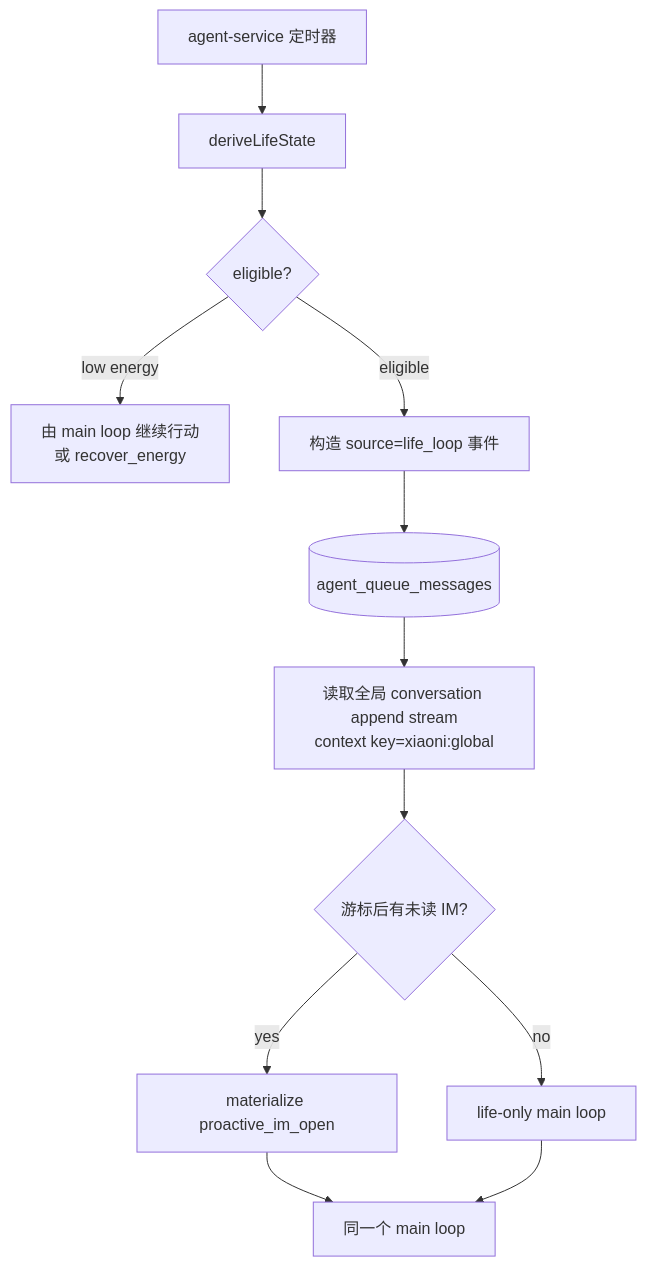
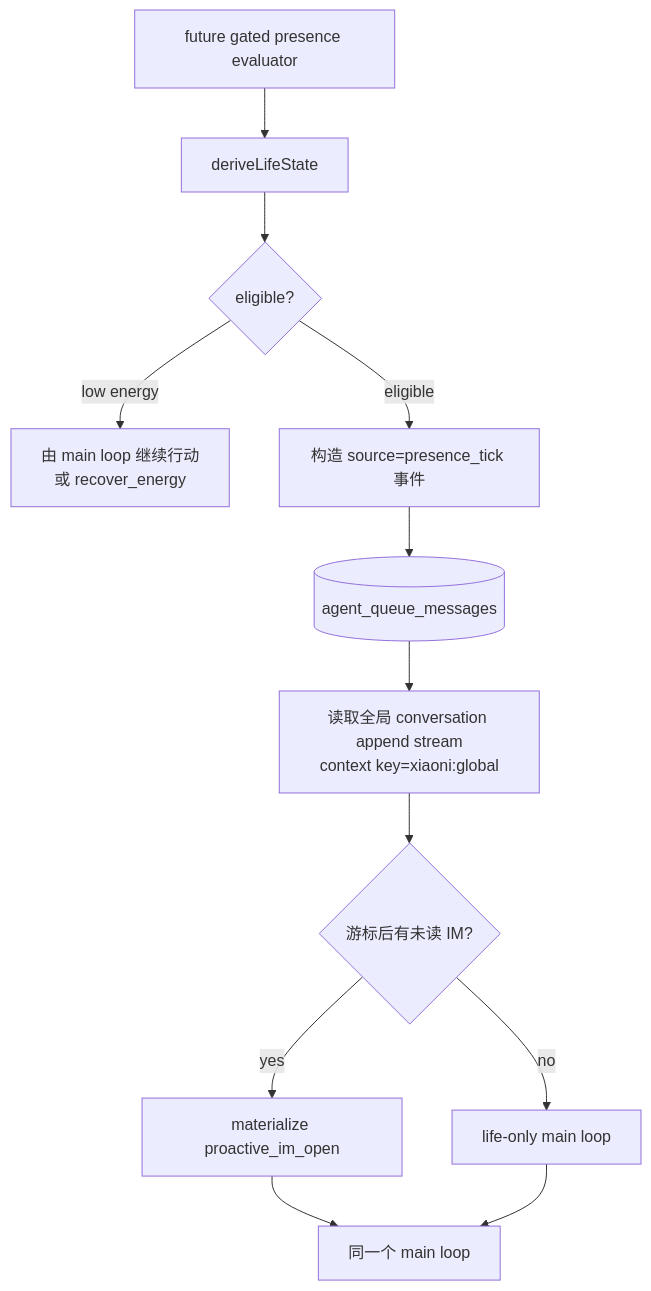
One commit to Hei-AI/xiaoni_cc changed the third of 3 diagrams in docs/XIAONI_SPEAKING_FLOW.md. Above: the diagram before and after it, drawn with Mermaid. The commit also changed other lines of this file and 17 other files, not shown here.

Commit message:
fix(agent): remove fixed life loop

````diff
--- a/docs/XIAONI_SPEAKING_FLOW.md
+++ b/docs/XIAONI_SPEAKING_FLOW.md
@@ -94,14 +94,14 @@
 ```mermaid
 flowchart TD
-  A[agent-service 定时器] --> B[deriveLifeState]
+  A[future gated presence evaluator] --> B[deriveLifeState]
   B --> C{eligible?}
   C -->|low energy| D[由 main loop 继续行动<br/>或 recover_energy]
-  C -->|eligible| E[构造 source=life_loop 事件]
+  C -->|eligible| E[构造 source=presence_tick 事件]
   E --> F[(agent_queue_messages)]
   F --> G[读取全局 conversation append stream<br/>context key=xiaoni:global]
   G --> H{游标后有未读 IM?}
   H -->|yes| I[materialize proactive_im_open]
   H -->|no| J[life-only main loop]
   I --> K[同一个 main loop]
   J --> K
 ```
````
